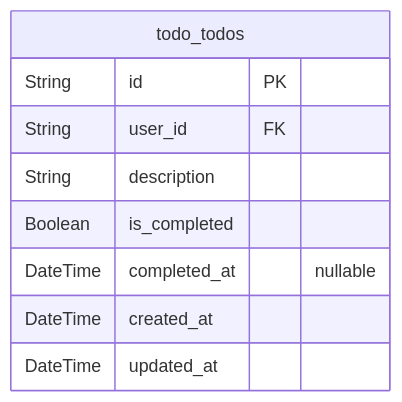
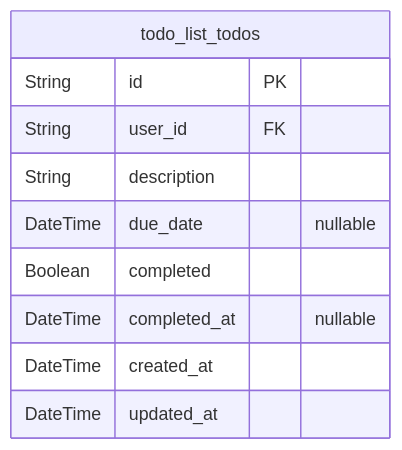
Before and after one commit to wrtnlabs/autobe-examples: the third of 3 diagrams in openai/gpt-4.1/todo/docs/ERD.md, drawn with Mermaid. The commit also changed other lines of this file and 8017 other files, not shown here.

````diff
--- a/openai/gpt-4.1/todo/docs/ERD.md
+++ b/openai/gpt-4.1/todo/docs/ERD.md
@@ -97,12 +142,13 @@
 ```mermaid
 erDiagram
-"todo_todos" {
+"todo_list_todos" {
   String id PK
   String user_id FK
   String description
-  Boolean is_completed
+  DateTime due_date "nullable"
+  Boolean completed
   DateTime completed_at "nullable"
   DateTime created_at
   DateTime updated_at
 }
 ```
````
